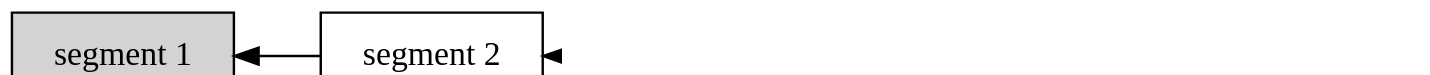
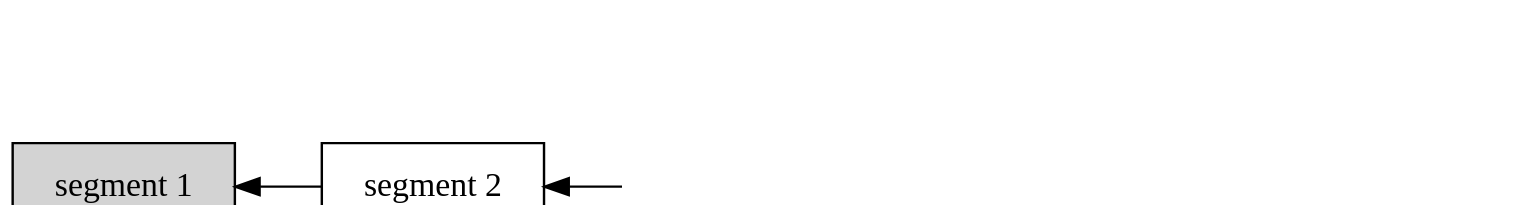
Before and after one commit to inponomarev/kafka-hjs: diagram 23 of 46 in lecture.adoc, drawn with Graphviz. The commit also changed other lines of this file and 3 other files, not shown here.

```diff
--- a/lecture.adoc
+++ b/lecture.adoc
@@ -1067,12 +1140,17 @@
 [graphviz,retention2,png]
 ----
 digraph G {
   node [shape="rectangle"]
   graph [ dpi = 190 ];
   rankdir="RL";
   
   s5[label="segment 5",style="filled",fillcolor="green"];
   s1[label="segment 1",style="filled"];
   s5->"segment 4"->"segment 3"->"segment 2"->s1
+  
+  nm[label="new messages",shape="oval"]
+  nm->s5
+  {rank =same; nm; s5}
+
 }
 ----
```
